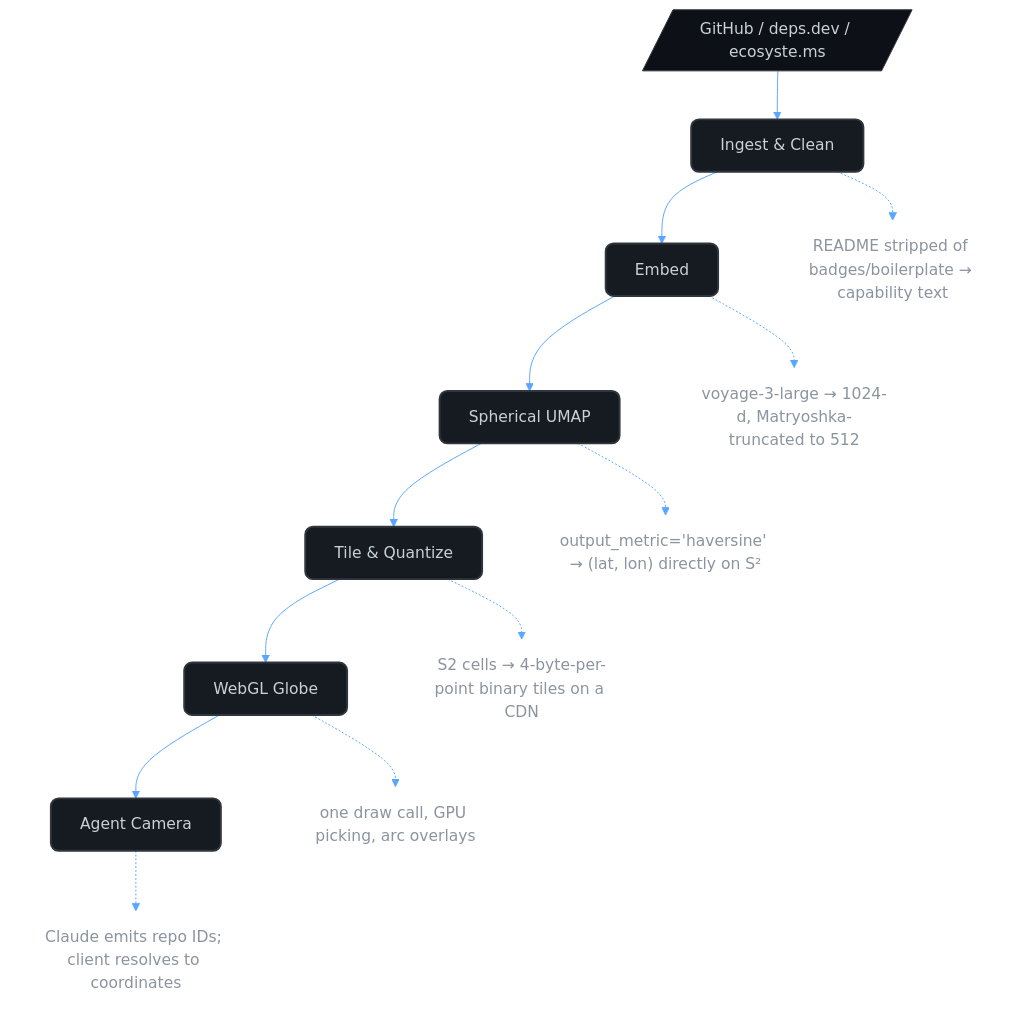
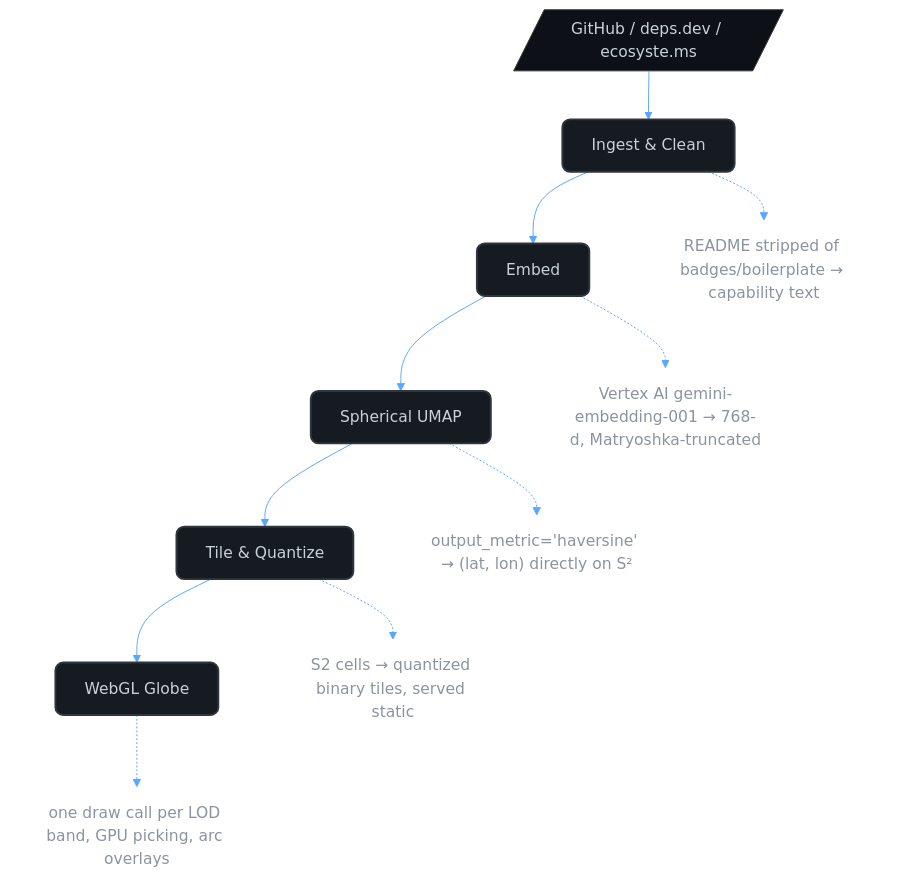
Before and after one commit to yamantaka-singh/GitGlobe: the diagram in README.md, drawn with Mermaid. The commit also changed other lines of this file, not shown here.

````diff
--- a/README.md
+++ b/README.md
@@ -37,38 +34,35 @@
 ```mermaid
 %%{init: {'theme':'base', 'themeVariables': {
   'primaryColor':'#0d1117',
   'primaryTextColor':'#c9d1d9',
   'primaryBorderColor':'#30363d',
   'lineColor':'#58a6ff',
   'secondaryColor':'#1f6feb',
   'tertiaryColor':'#238636'
 }}}%%
 flowchart TD
     Sources[/"GitHub / deps.dev / ecosyste.ms"/] --> Ingest
     
     Ingest["Ingest & Clean"] --> Embed
     Embed["Embed"] --> UMAP
     UMAP["Spherical UMAP"] --> Tile
     Tile["Tile & Quantize"] --> WebGL
-    WebGL["WebGL Globe"] --> Agent
-    Agent["Agent Camera"]
+    WebGL["WebGL Globe"]
     
     classDef step fill:#161b22,stroke:#30363d,stroke-width:2px,color:#c9d1d9,rx:8px,ry:8px
     classDef desc fill:none,stroke:none,color:#8b949e
     
-    class Ingest,Embed,UMAP,Tile,WebGL,Agent step
+    class Ingest,Embed,UMAP,Tile,WebGL step
     
     IngestDesc["README stripped of badges/boilerplate → capability text"]:::desc
-    EmbedDesc["voyage-3-large → 1024-d, Matryoshka-truncated to 512"]:::desc
+    EmbedDesc["Vertex AI gemini-embedding-001 → 768-d, Matryoshka-truncated"]:::desc
     UMAPDesc["output_metric='haversine' → (lat, lon) directly on S²"]:::desc
-    TileDesc["S2 cells → 4-byte-per-point binary tiles on a CDN"]:::desc
-    WebGLDesc["one draw call, GPU picking, arc overlays"]:::desc
-    AgentDesc["Claude emits repo IDs; client resolves to coordinates"]:::desc
+    TileDesc["S2 cells → quantized binary tiles, served static"]:::desc
+    WebGLDesc["one draw call per LOD band, GPU picking, arc overlays"]:::desc
     
     Ingest -.-> IngestDesc
     Embed -.-> EmbedDesc
     UMAP -.-> UMAPDesc
     Tile -.-> TileDesc
     WebGL -.-> WebGLDesc
-    Agent -.-> AgentDesc
 ```
````
